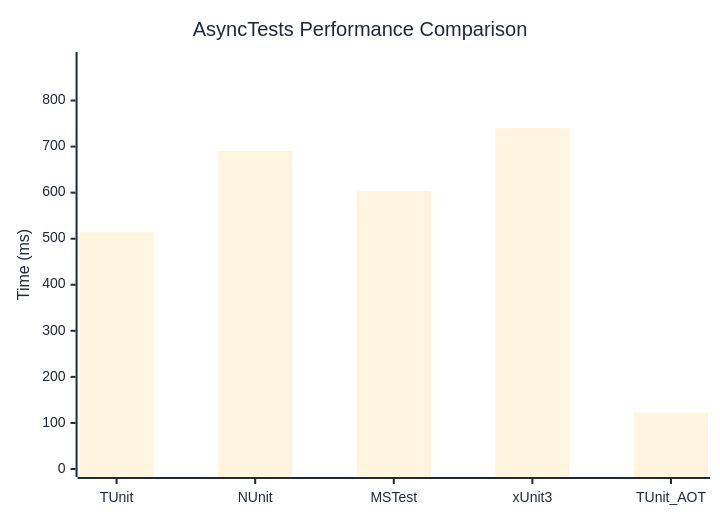
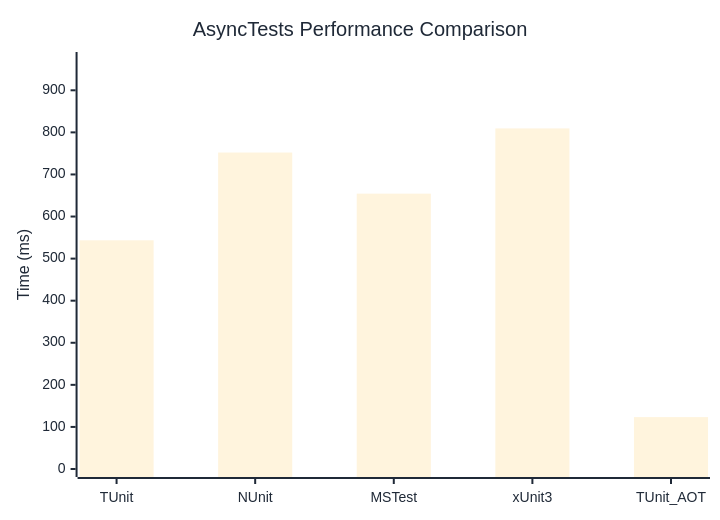
One commit to thomhurst/TUnit changed the diagram in docs/docs/benchmarks/AsyncTests.md. Above: the diagram before and after it, drawn with Mermaid. The commit also changed other lines of this file and 16 other files, not shown here.

````diff
--- a/docs/docs/benchmarks/AsyncTests.md
+++ b/docs/docs/benchmarks/AsyncTests.md
@@ -27,37 +27,37 @@
 ```mermaid
 %%{init: {
   'theme':'base',
   'themeVariables': {
     'primaryColor': '#2563eb',
     'primaryTextColor': '#1f2937',
     'primaryBorderColor': '#1e40af',
     'lineColor': '#6b7280',
     'secondaryColor': '#7c3aed',
     'tertiaryColor': '#dc2626',
     'background': '#ffffff',
     'mainBkg': '#2563eb',
     'secondBkg': '#7c3aed',
     'tertiaryBkg': '#dc2626',
     'clusterBkg': '#f3f4f6',
     'edgeLabelBackground': '#ffffff',
     'tertiaryTextColor': '#1f2937',
     'pie1': '#2563eb',
     'pie2': '#7c3aed',
     'pie3': '#dc2626',
     'pie4': '#f59e0b',
     'pie5': '#10b981',
     'pie6': '#06b6d4',
     'pie7': '#ec4899',
     'pie8': '#6366f1',
     'pie9': '#84cc16',
     'pie10': '#f97316',
     'pie11': '#14b8a6',
     'pie12': '#a855f7'
   }
 }}%%
 xychart-beta
   title "AsyncTests Performance Comparison"
   x-axis ["TUnit", "NUnit", "MSTest", "xUnit3", "TUnit_AOT"]
-  y-axis "Time (ms)" 0 --> 888
-  bar [513.8, 690.5, 603.7, 739.9, 122.5]
+  y-axis "Time (ms)" 0 --> 972
+  bar [543.5, 752.1, 654.4, 809.4, 123.3]
 ```
````
